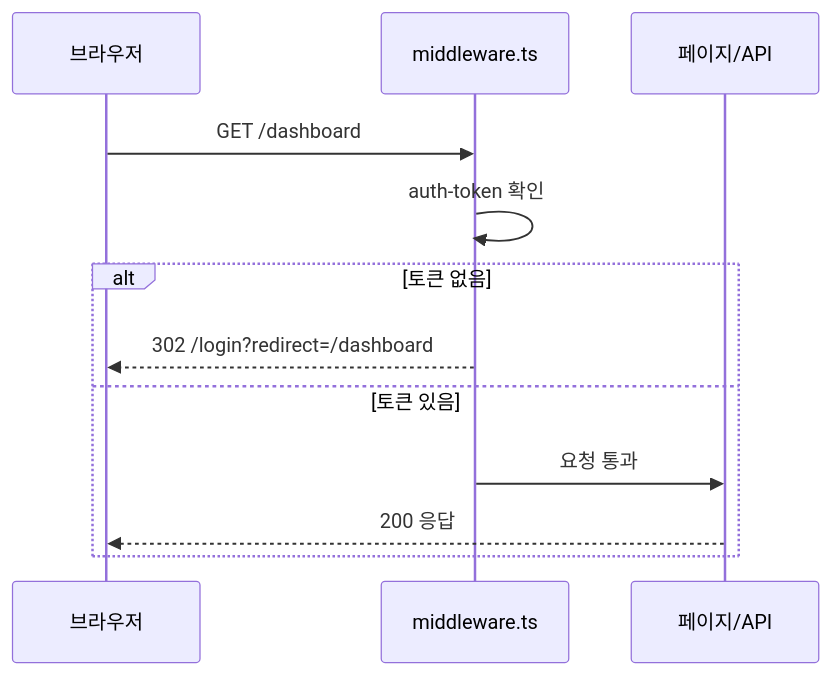
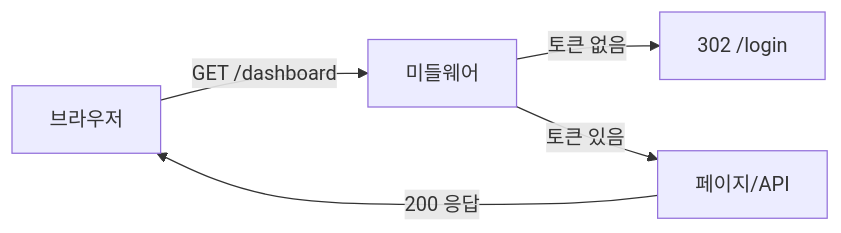
The fourth of 5 diagrams in _posts/frontend/2026-05-01-nextjs.md (yjkim2015/yjkim2015.github.io), drawn with Mermaid before and after one commit. The commit also changed other lines of this file and 163 other files, not shown here.

First line of the commit message:
Mermaid 300개 블록 내용 축소: 5노드 5엣지 이하, 의미 있는 약어

````diff
--- a/_posts/frontend/2026-05-01-nextjs.md
+++ b/_posts/frontend/2026-05-01-nextjs.md
@@ -254,14 +252,7 @@
 ```mermaid
-sequenceDiagram
-    participant B as 브라우저
-    participant MW as middleware.ts
-    participant P as 페이지/API
-    B->>MW: GET /dashboard
-    MW->>MW: auth-token 확인
-    alt 토큰 없음
-        MW-->>B: 302 /login?redirect=/dashboard
-    else 토큰 있음
-        MW->>P: 요청 통과
-        P-->>B: 200 응답
-    end
+graph LR
+    B["브라우저"] -->|"GET /dashboard"| MW["미들웨어"]
+    MW -->|"토큰 없음"| LOGIN["302 /login"]
+    MW -->|"토큰 있음"| PAGE["페이지/API"]
+    PAGE -->|"200 응답"| B
 ```
````
